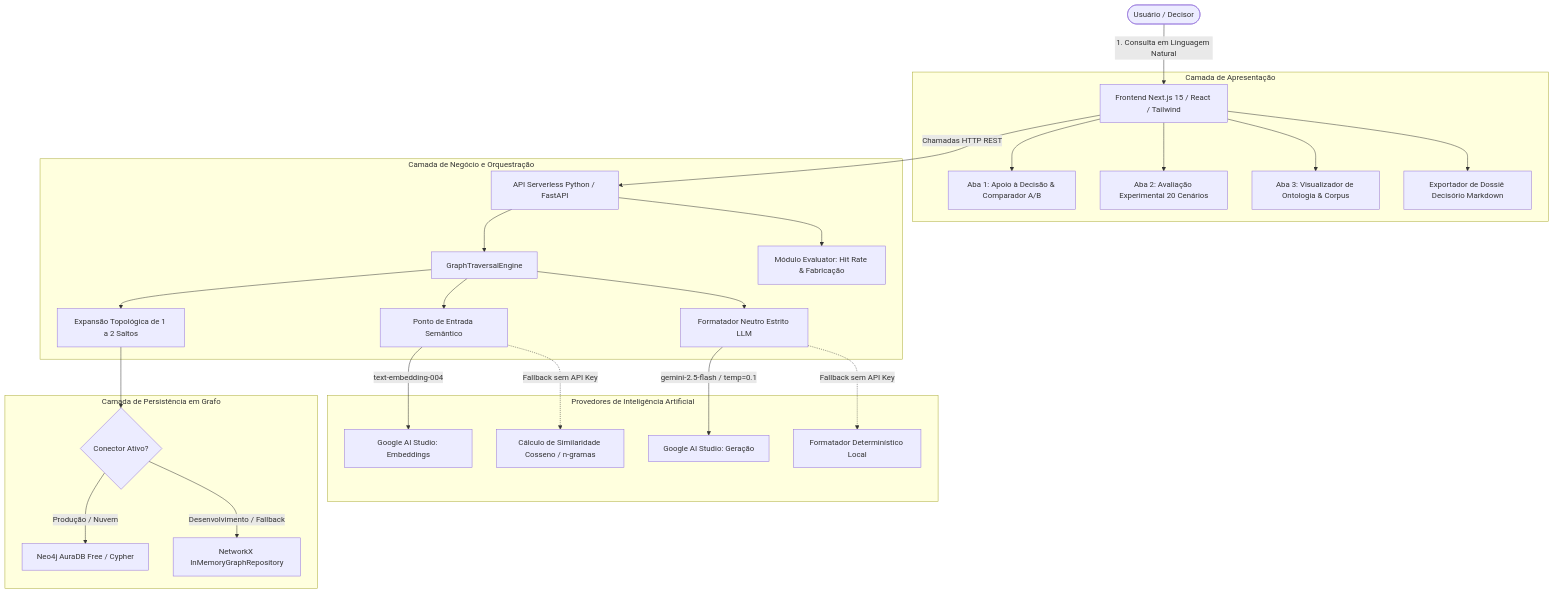
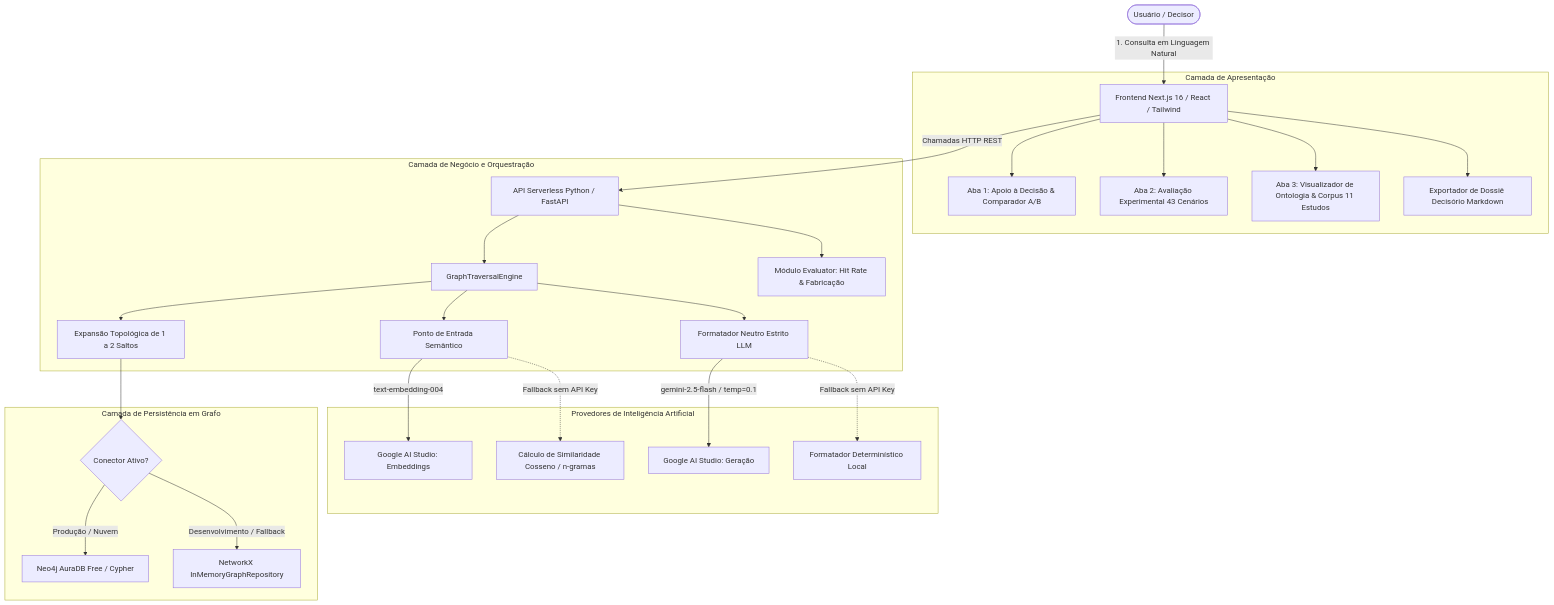
One commit to caifon/tcc-arqrag-ucsal-2026 changed the first of 3 diagrams in docs/01_ARQUITETURA_E_ENGENHARIA.md. Above: the diagram before and after it, drawn with Mermaid. The commit also changed other lines of this file and 5 other files, not shown here.

Commit message:
docs: atualizar documentacao e Aba 3 para 11 estudos primarios e 43 cenarios de teste

````diff
--- a/docs/01_ARQUITETURA_E_ENGENHARIA.md
+++ b/docs/01_ARQUITETURA_E_ENGENHARIA.md
@@ -25,34 +26,34 @@
 ```mermaid
 graph TD
-    User([Usuário / Decisor]) -->|1. Consulta em Linguagem Natural| Frontend[Frontend Next.js 15 / React / Tailwind]
+    User([Usuário / Decisor]) -->|1. Consulta em Linguagem Natural| Frontend[Frontend Next.js 16 / React / Tailwind]
     
     subgraph Camada de Apresentação
         Frontend --> ViewDecision[Aba 1: Apoio à Decisão & Comparador A/B]
-        Frontend --> ViewEval[Aba 2: Avaliação Experimental 20 Cenários]
-        Frontend --> ViewOntology[Aba 3: Visualizador de Ontologia & Corpus]
+        Frontend --> ViewEval[Aba 2: Avaliação Experimental 43 Cenários]
+        Frontend --> ViewOntology[Aba 3: Visualizador de Ontologia & Corpus 11 Estudos]
         Frontend --> Dossier[Exportador de Dossiê Decisório Markdown]
     end
 
     Frontend -->|Chamadas HTTP REST| Backend[API Serverless Python / FastAPI]
 
     subgraph Camada de Negócio e Orquestração
         Backend --> Traversal[GraphTraversalEngine]
         Traversal --> EmbeddingPort[Ponto de Entrada Semântico]
         Traversal --> TopoExpansion[Expansão Topológica de 1 a 2 Saltos]
         Traversal --> LLMFormatter[Formatador Neutro Estrito LLM]
         Backend --> Evaluator[Módulo Evaluator: Hit Rate & Fabricação]
     end
 
     subgraph Provedores de Inteligência Artificial
         EmbeddingPort -->|text-embedding-004| GeminiEmb[Google AI Studio: Embeddings]
         EmbeddingPort -.->|Fallback sem API Key| LocalCos[Cálculo de Similaridade Cosseno / n-gramas]
         LLMFormatter -->|gemini-2.5-flash / temp=0.1| GeminiGen[Google AI Studio: Geração]
         LLMFormatter -.->|Fallback sem API Key| DetFormatter[Formatador Determinístico Local]
     end
 
     subgraph Camada de Persistência em Grafo
         TopoExpansion --> RepoRouter{Conector Ativo?}
         RepoRouter -->|Produção / Nuvem| Neo4j[Neo4j AuraDB Free / Cypher]
         RepoRouter -->|Desenvolvimento / Fallback| MemoryGraph[NetworkX InMemoryGraphRepository]
     end
 ```
````
